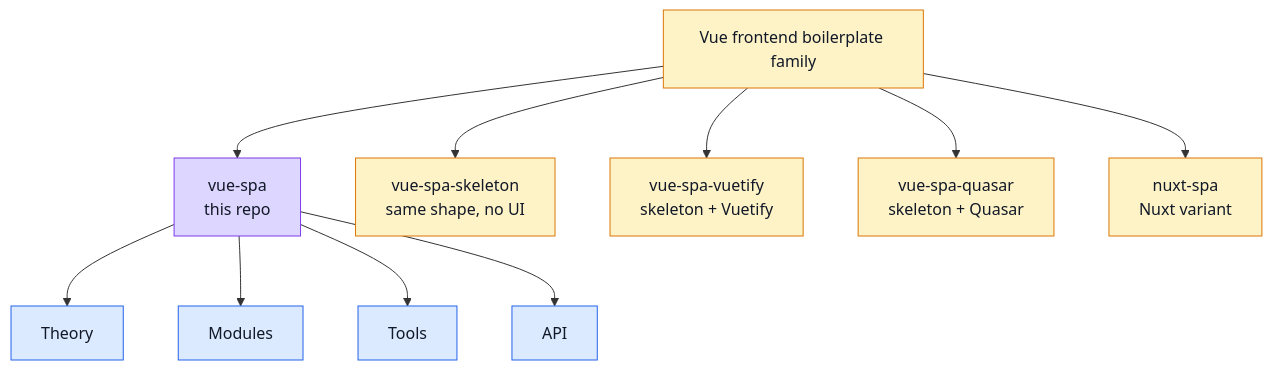
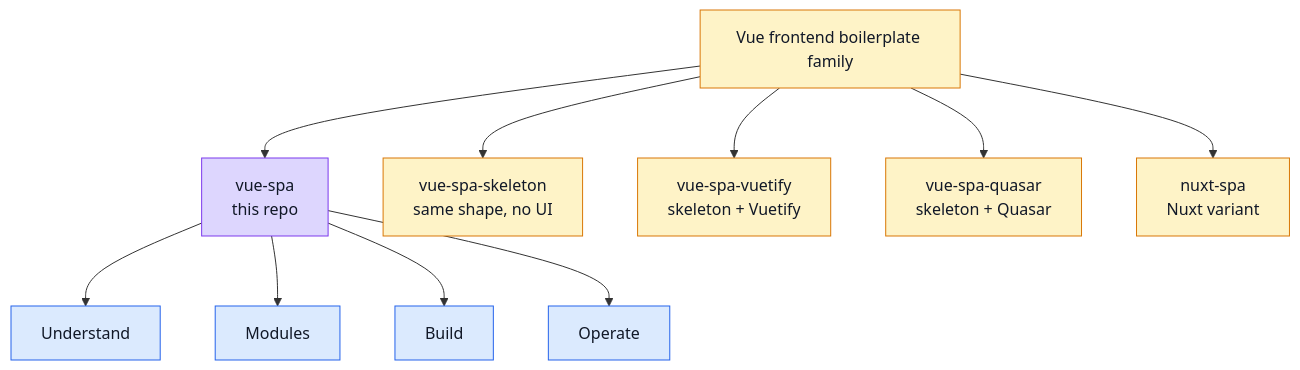
Before and after one commit to Guebbit/boilerplate-vue-frontend: the first of 2 diagrams in docs/index.md, drawn with Mermaid. The commit also changed other lines of this file and 365 other files, not shown here.

````diff
--- a/docs/index.md
+++ b/docs/index.md
@@ -39,21 +56,21 @@
 ```mermaid
 %%{init: {'flowchart': {'nodeSpacing': 55, 'rankSpacing': 70}}}%%
 flowchart TD
     A[Vue frontend boilerplate family] --> B[vue-spa\nthis repo]
     A --> C[vue-spa-skeleton\nsame shape, no UI]
     A --> D[vue-spa-vuetify\nskeleton + Vuetify]
     A --> E[vue-spa-quasar\nskeleton + Quasar]
     A --> F[nuxt-spa\nNuxt variant]
 
-    B --> T[Theory]
+    B --> T[Understand]
     B --> M[Modules]
-    B --> U[Tools]
-    B --> V[API]
+    B --> U[Build]
+    B --> V[Operate]
 
     classDef family fill:#fef3c7,stroke:#d97706,color:#111827;
     classDef current fill:#ddd6fe,stroke:#7c3aed,color:#111827;
     classDef docs fill:#dbeafe,stroke:#2563eb,color:#111827;
     class A,C,D,E,F family;
     class B current;
     class T,M,U,V docs;
 ```
````
